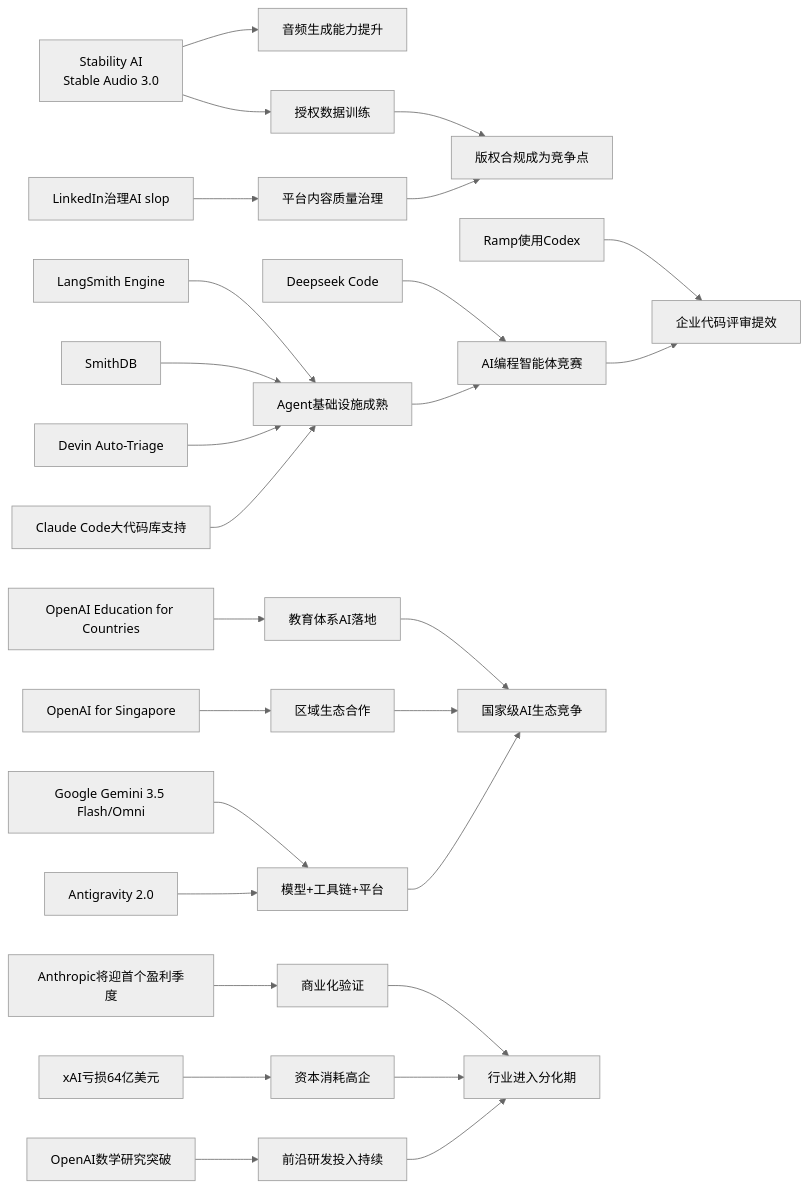
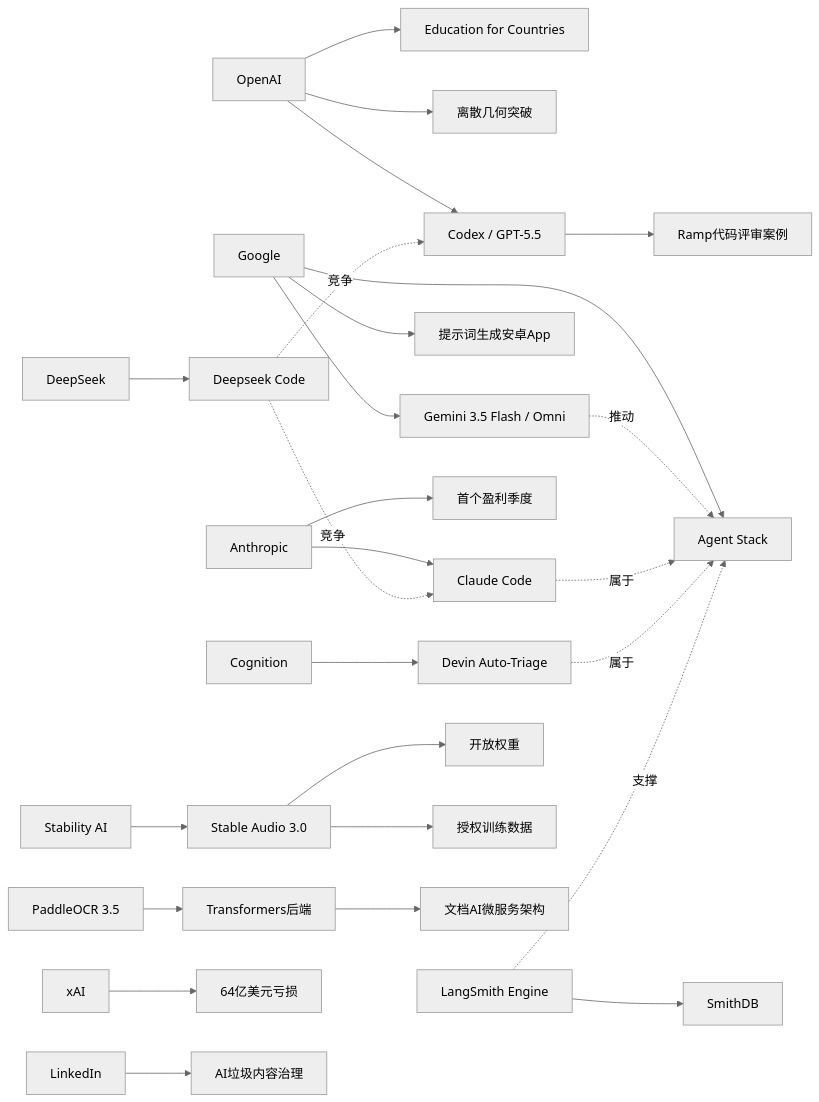
One commit to zhuxinfei/ai-daily-site changed the diagram in content/cn/2026/2026-05/2026-05-21.md. Above: the diagram before and after it, drawn with Mermaid (neutral theme). The commit also changed other lines of this file, not shown here.

````diff
--- a/content/cn/2026/2026-05/2026-05-21.md
+++ b/content/cn/2026/2026-05/2026-05-21.md
@@ -110,33 +125,75 @@
 ```mermaid
 graph LR
-    A[Stability AI<br/>Stable Audio 3.0] --> B[音频生成能力提升]
-    A --> C[授权数据训练]
-    C --> D[版权合规成为竞争点]
+    OpenAI[OpenAI]
+    Edu[Education for Countries]
+    Math[离散几何突破]
+    Ramp[Ramp代码评审案例]
+    Codex[Codex / GPT-5.5]
 
-    E[LinkedIn治理AI slop] --> F[平台内容质量治理]
-    F --> D
+    Google[Google]
+    Gemini[Gemini 3.5 Flash / Omni]
+    AgentStack[Agent Stack]
+    AppGen[提示词生成安卓App]
 
-    G[LangSmith Engine] --> H[Agent基础设施成熟]
-    I[SmithDB] --> H
-    J[Devin Auto-Triage] --> H
-    K[Claude Code大代码库支持] --> H
-    L[Deepseek Code] --> M[AI编程智能体竞赛]
-    N[Ramp使用Codex] --> O[企业代码评审提效]
-    H --> M
-    M --> O
+    Anthropic[Anthropic]
+    ClaudeCode[Claude Code]
+    Profit[首个盈利季度]
 
-    P[OpenAI Education for Countries] --> Q[教育体系AI落地]
-    R[OpenAI for Singapore] --> S[区域生态合作]
-    T[Google Gemini 3.5 Flash/Omni] --> U[模型+工具链+平台]
-    V[Antigravity 2.0] --> U
-    Q --> W[国家级AI生态竞争]
-    S --> W
-    U --> W
+    Cognition[Cognition]
+    Devin[Devin Auto-Triage]
 
-    X[Anthropic将迎首个盈利季度] --> Y[商业化验证]
-    Z[xAI亏损64亿美元] --> AA[资本消耗高企]
-    AB[OpenAI数学研究突破] --> AC[前沿研发投入持续]
-    Y --> AD[行业进入分化期]
-    AA --> AD
-    AC --> AD
+    LangSmith[LangSmith Engine]
+    SmithDB[SmithDB]
+
+    DeepSeek[DeepSeek]
+    DSCode[Deepseek Code]
+
+    Stability[Stability AI]
+    Audio[Stable Audio 3.0]
+    OpenWeights[开放权重]
+    LicensedData[授权训练数据]
+
+    PaddleOCR[PaddleOCR 3.5]
+    Transformers[Transformers后端]
+    DocAI[文档AI微服务架构]
+
+    xAI[xAI]
+    Burn[64亿美元亏损]
+
+    LinkedIn[LinkedIn]
+    AISlop[AI垃圾内容治理]
+
+    OpenAI --> Edu
+    OpenAI --> Math
+    OpenAI --> Codex
+    Codex --> Ramp
+
+    Google --> Gemini
+    Google --> AgentStack
+    Google --> AppGen
+
+    Anthropic --> ClaudeCode
+    Anthropic --> Profit
+
+    Cognition --> Devin
+    LangSmith --> SmithDB
+
+    DeepSeek --> DSCode
+    DSCode -.竞争.-> ClaudeCode
+    DSCode -.竞争.-> Codex
+
+    Gemini -.推动.-> AgentStack
+    ClaudeCode -.属于.-> AgentStack
+    Devin -.属于.-> AgentStack
+    LangSmith -.支撑.-> AgentStack
+
+    Stability --> Audio
+    Audio --> OpenWeights
+    Audio --> LicensedData
+
+    PaddleOCR --> Transformers
+    Transformers --> DocAI
+
+    xAI --> Burn
+    LinkedIn --> AISlop
 ```
````
